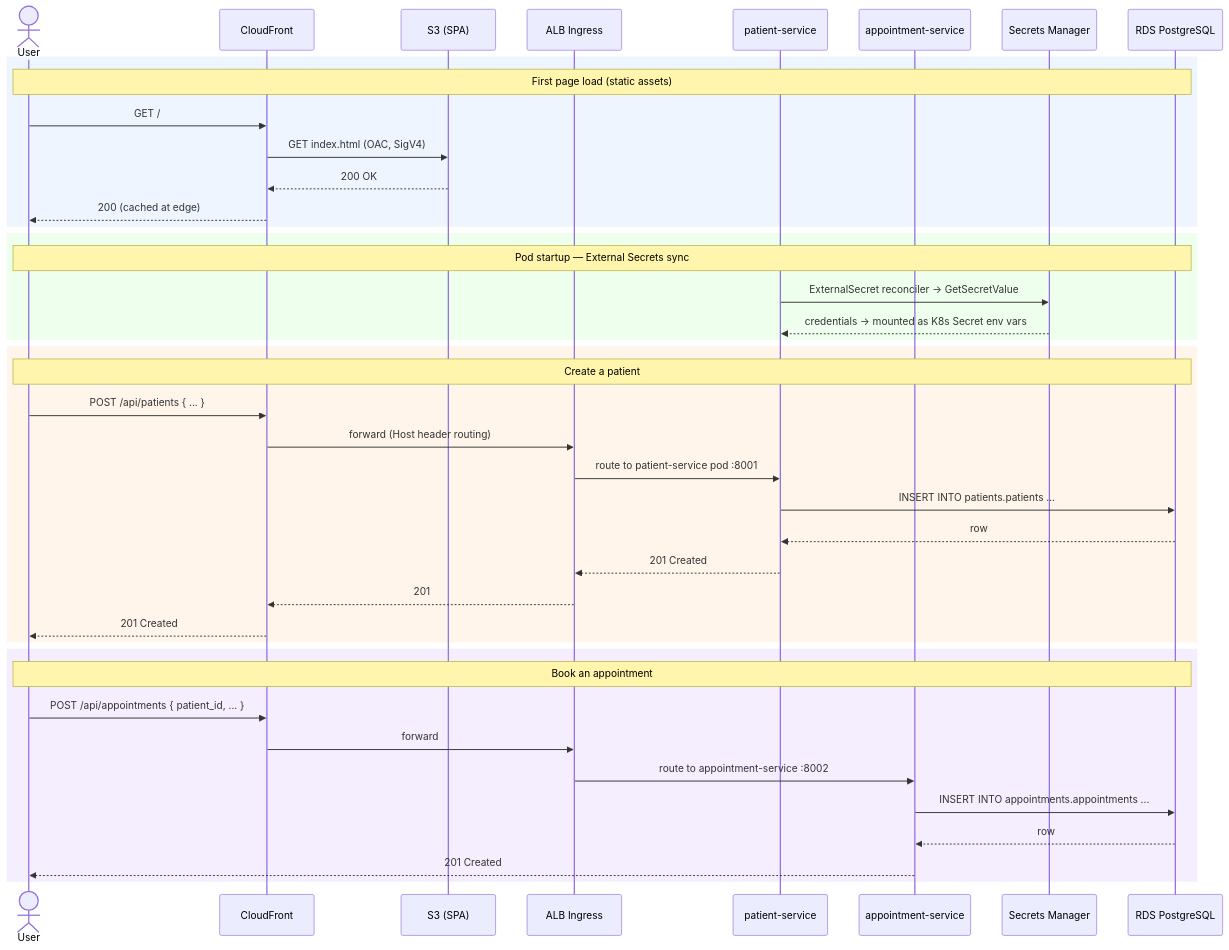
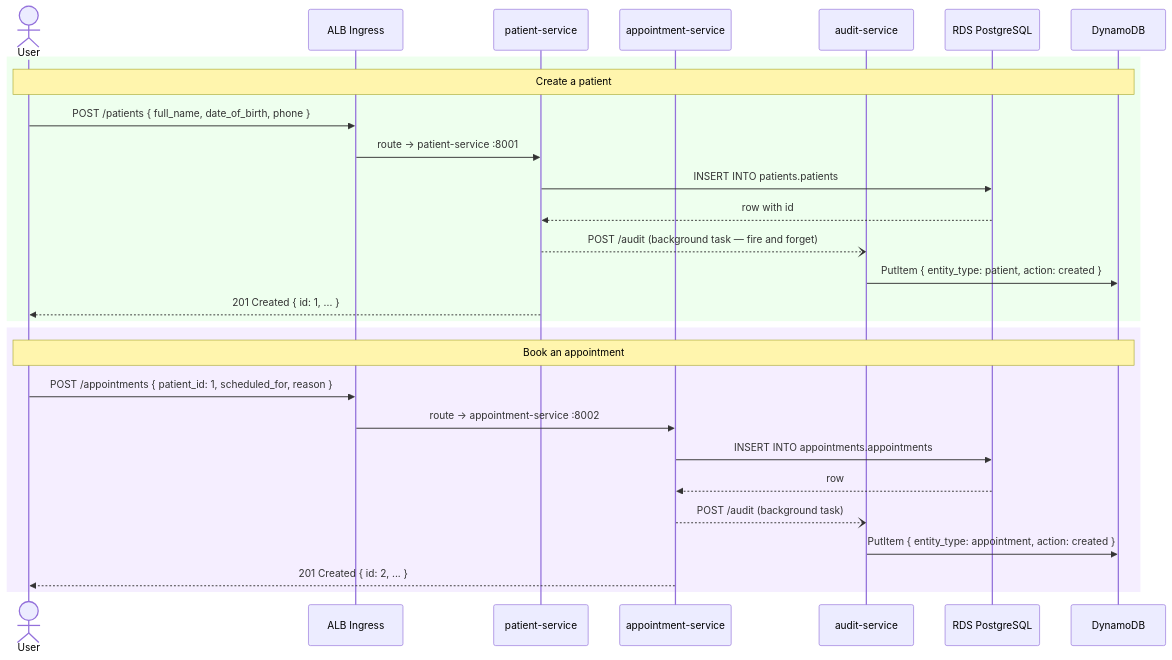
One commit to chala2001/cloud-care-k8s changed the second of 7 diagrams in README.md. Above: the diagram before and after it, drawn with Mermaid. The commit also changed other lines of this file and 33 other files, not shown here.

````diff
--- a/README.md
+++ b/README.md
@@ -298,47 +263,32 @@
 ```mermaid
 sequenceDiagram
     actor User
-    participant CF as CloudFront
-    participant S3 as S3 (SPA)
     participant ALB as ALB Ingress
     participant PS as patient-service
     participant AS as appointment-service
-    participant SM as Secrets Manager
+    participant AUD as audit-service
     participant RDS as RDS PostgreSQL
-
-    rect rgb(238,245,255)
-    Note over User,RDS: First page load (static assets)
-    User->>CF: GET /
-    CF->>S3: GET index.html (OAC, SigV4)
-    S3-->>CF: 200 OK
-    CF-->>User: 200 (cached at edge)
-    end
+    participant DDB as DynamoDB
 
     rect rgb(238,255,238)
-    Note over User,RDS: Pod startup — External Secrets sync
-    PS->>SM: ExternalSecret reconciler → GetSecretValue
-    SM-->>PS: credentials → mounted as K8s Secret env vars
-    end
-
-    rect rgb(255,245,235)
-    Note over User,RDS: Create a patient
-    User->>CF: POST /api/patients { ... }
-    CF->>ALB: forward (Host header routing)
-    ALB->>PS: route to patient-service pod :8001
-    PS->>RDS: INSERT INTO patients.patients ...
-    RDS-->>PS: row
-    PS-->>ALB: 201 Created
-    ALB-->>CF: 201
-    CF-->>User: 201 Created
+    Note over User,DDB: Create a patient
+    User->>ALB: POST /patients { full_name, date_of_birth, phone }
+    ALB->>PS: route → patient-service :8001
+    PS->>RDS: INSERT INTO patients.patients
+    RDS-->>PS: row with id
+    PS--)AUD: POST /audit (background task — fire and forget)
+    AUD->>DDB: PutItem { entity_type: patient, action: created }
+    PS-->>User: 201 Created { id: 1, ... }
     end
 
     rect rgb(245,238,255)
-    Note over User,RDS: Book an appointment
-    User->>CF: POST /api/appointments { patient_id, ... }
-    CF->>ALB: forward
-    ALB->>AS: route to appointment-service :8002
-    AS->>RDS: INSERT INTO appointments.appointments ...
+    Note over User,DDB: Book an appointment
+    User->>ALB: POST /appointments { patient_id: 1, scheduled_for, reason }
+    ALB->>AS: route → appointment-service :8002
+    AS->>RDS: INSERT INTO appointments.appointments
     RDS-->>AS: row
-    AS-->>User: 201 Created
+    AS--)AUD: POST /audit (background task)
+    AUD->>DDB: PutItem { entity_type: appointment, action: created }
+    AS-->>User: 201 Created { id: 2, ... }
     end
 ```
````
